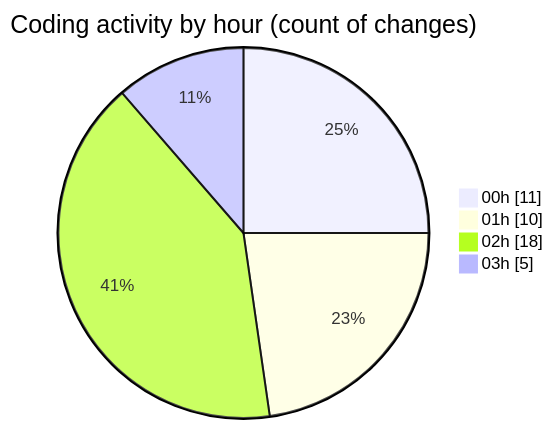
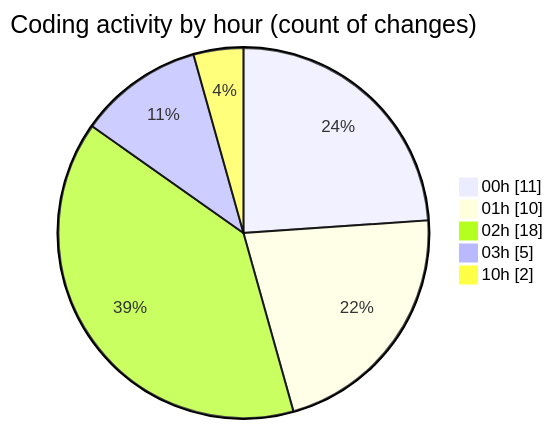
Before and after one commit to julien-gomy/code-tracking: the second of 2 diagrams in 2025-11-02/cdp_aleoudev_fr__workspace_/README.md, drawn with Mermaid. The commit also changed other lines of this file and 1 other file, not shown here.

````diff
--- a/2025-11-02/cdp_aleoudev_fr__workspace_/README.md
+++ b/2025-11-02/cdp_aleoudev_fr__workspace_/README.md
@@ -32,8 +32,9 @@
 ```mermaid
 pie showData
 title Coding activity by hour (count of changes)
 "00h" : 11
 "01h" : 10
 "02h" : 18
 "03h" : 5
+"10h" : 2
 ```
````
